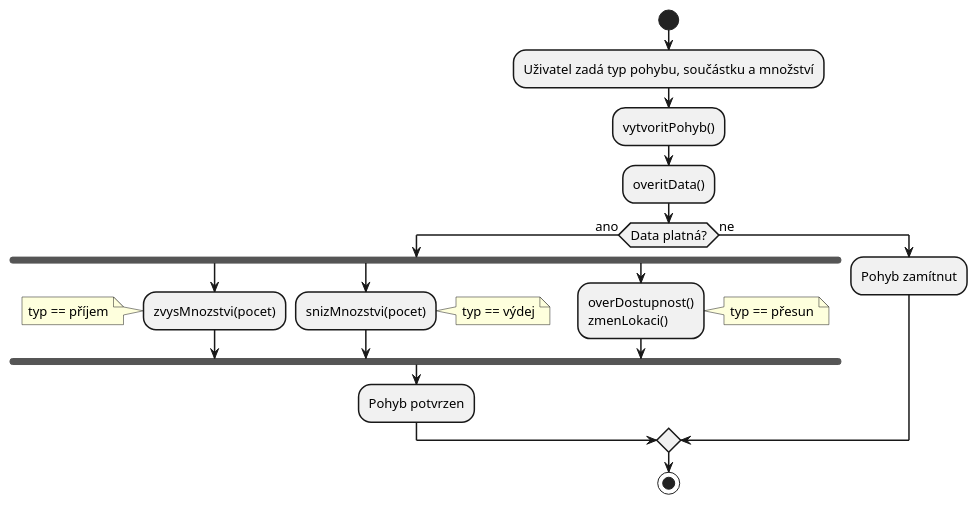
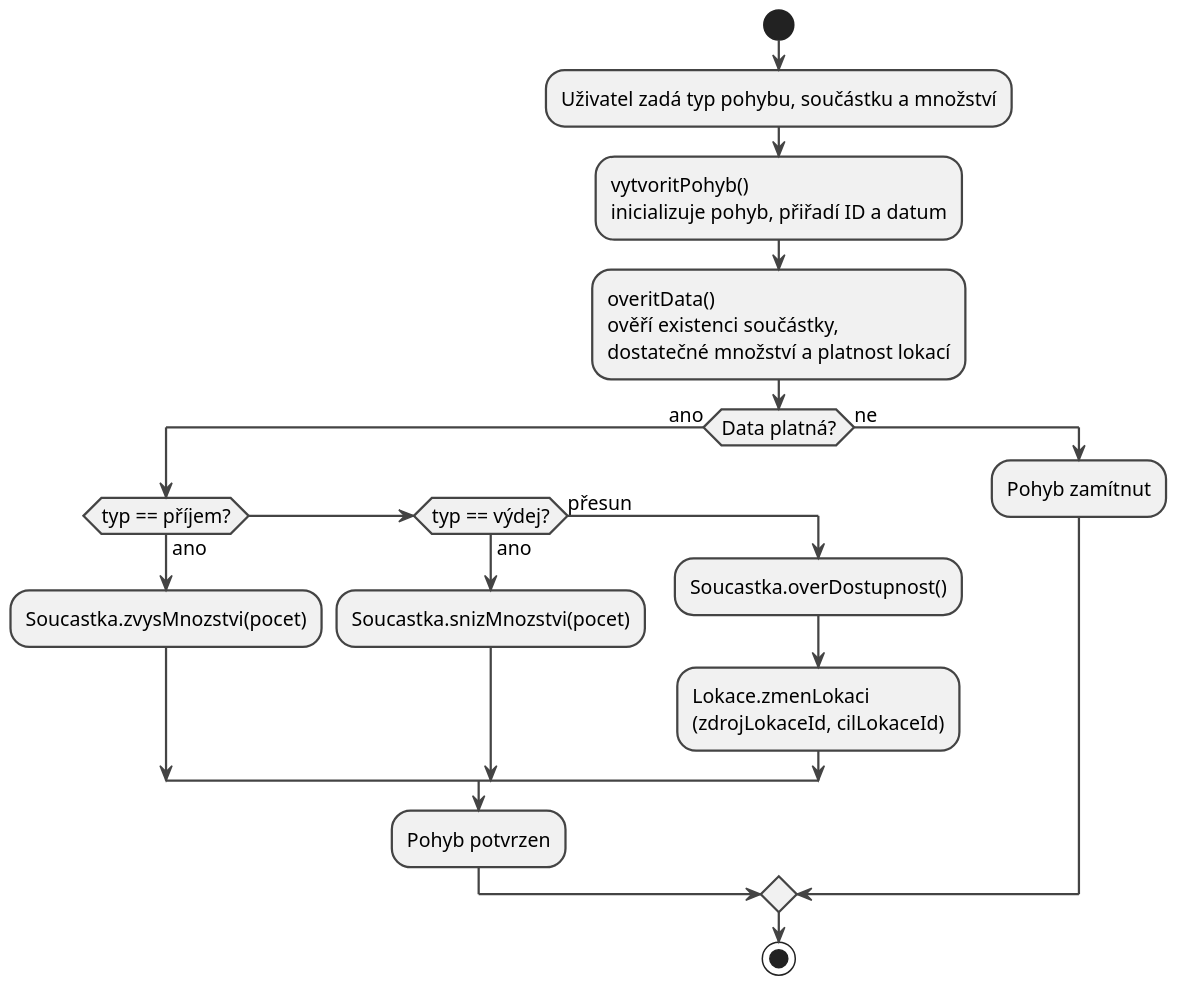
Before and after one commit to lkvapil/wms-elektronicke-soucastky: the diagram in diagrams/12_activity_wms.puml, drawn with PlantUML. The commit also changed 3 other files, not shown here.

Commit message:
docs: activity diagram větší (120% šířky)

```diff
--- a/diagrams/12_activity_wms.puml
+++ b/diagrams/12_activity_wms.puml
@@ -1,35 +1,37 @@
 @startuml
+scale 1.5
 skinparam defaultFontSize 13
+skinparam ArrowThickness 1.5
 skinparam ActivityBorderThickness 1.5
-skinparam ArrowThickness 1.5
 skinparam ActivityDiamondBorderThickness 1.5
+skinparam ActivityBorderColor #444444
+skinparam ActivityDiamondBorderColor #444444
+skinparam ArrowColor #444444
 
 start
 
 :Uživatel zadá typ pohybu, součástku a množství;
 
-:vytvoritPohyb();
+:vytvoritPohyb()\ninicializuje pohyb, přiřadí ID a datum;
 
-:overitData();
+:overitData()\nověří existenci součástky,\ndostatečné množství a platnost lokací;
 
 if (Data platná?) then (ano)
 
-  fork
-    :zvysMnozstvi(pocet);
-    note left: typ == příjem
-  fork again
-    :snizMnozstvi(pocet);
-    note right: typ == výdej
-  fork again
-    :overDostupnost()\nzmenLokaci();
-    note right: typ == přesun
-  end fork
+  if (typ == příjem?) then (ano)
+    :Soucastka.zvysMnozstvi(pocet);
+  elseif (typ == výdej?) then (ano)
+    :Soucastka.snizMnozstvi(pocet);
+  else (přesun)
+    :Soucastka.overDostupnost();
+    :Lokace.zmenLokaci\n(zdrojLokaceId, cilLokaceId);
+  endif
 
   :Pohyb potvrzen;
 
 else (ne)
   :Pohyb zamítnut;
 endif
 
 stop
 @enduml
```
